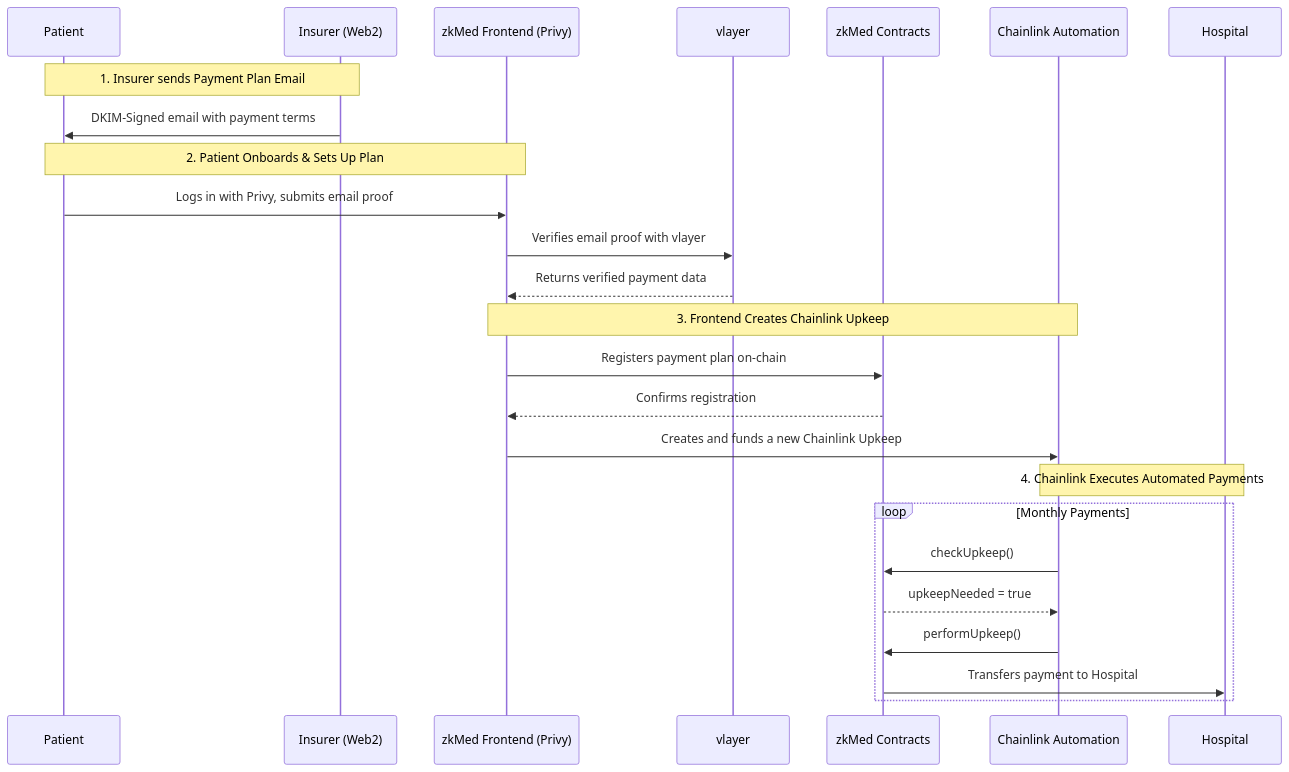
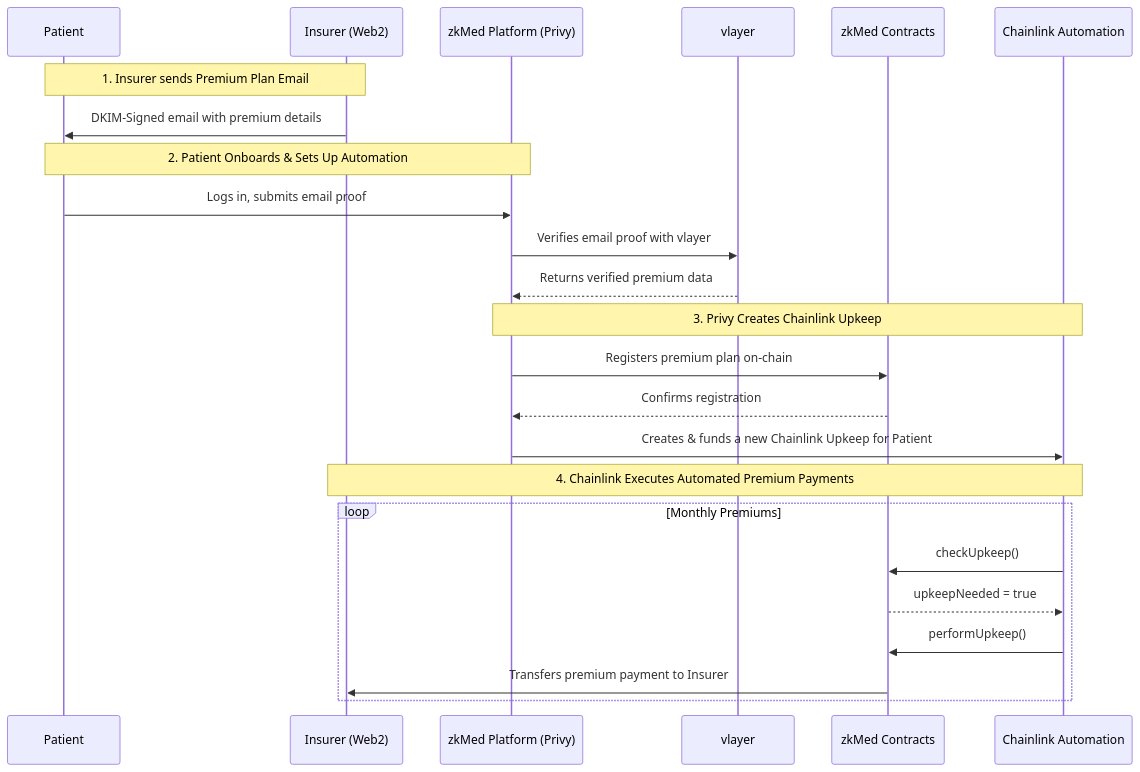
Before and after one commit to ppezzull/zkMed: the second of 6 diagrams in README.md, drawn with Mermaid. The commit also changed other lines of this file, not shown here.

````diff
--- a/README.md
+++ b/README.md
@@ -76,31 +76,30 @@
 ```mermaid
 sequenceDiagram
     participant P as Patient
     participant I as Insurer (Web2)
-    participant FE as zkMed Frontend (Privy)
+    participant Privy as zkMed Platform (Privy)
     participant V as vlayer
     participant ZK as zkMed Contracts
     participant C as Chainlink Automation
-    participant H as Hospital
 
-    Note over I,P: 1. Insurer sends Payment Plan Email
-    I->>P: DKIM-Signed email with payment terms
+    Note over I,P: 1. Insurer sends Premium Plan Email
+    I->>P: DKIM-Signed email with premium details
 
-    Note over P,FE: 2. Patient Onboards & Sets Up Plan
-    P->>FE: Logs in with Privy, submits email proof
-    FE->>V: Verifies email proof with vlayer
-    V-->>FE: Returns verified payment data
+    Note over P,Privy: 2. Patient Onboards & Sets Up Automation
+    P->>Privy: Logs in, submits email proof
+    Privy->>V: Verifies email proof with vlayer
+    V-->>Privy: Returns verified premium data
     
-    Note over FE,C: 3. Frontend Creates Chainlink Upkeep
-    FE->>ZK: Registers payment plan on-chain
-    ZK-->>FE: Confirms registration
-    FE->>C: Creates and funds a new Chainlink Upkeep
+    Note over Privy,C: 3. Privy Creates Chainlink Upkeep
+    Privy->>ZK: Registers premium plan on-chain
+    ZK-->>Privy: Confirms registration
+    Privy->>C: Creates & funds a new Chainlink Upkeep for Patient
 
-    Note over C,H: 4. Chainlink Executes Automated Payments
-    loop Monthly Payments
+    Note over C,I: 4. Chainlink Executes Automated Premium Payments
+    loop Monthly Premiums
         C->>ZK: checkUpkeep()
         ZK-->>C: upkeepNeeded = true
         C->>ZK: performUpkeep()
-        ZK->>H: Transfers payment to Hospital
+        ZK->>I: Transfers premium payment to Insurer
     end
 ```
````
